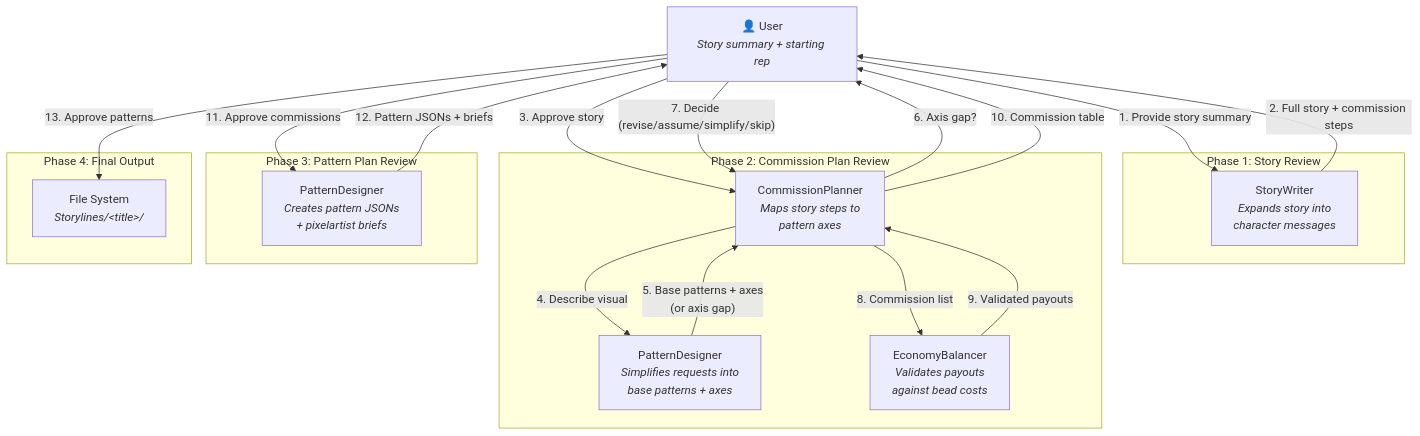
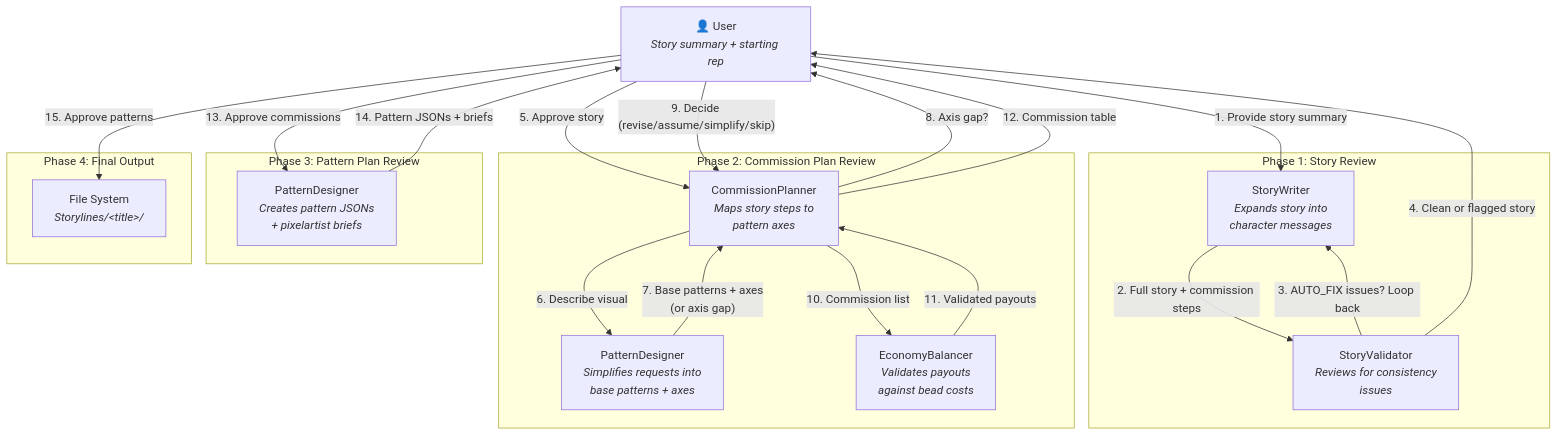
The first of 2 diagrams in ARCHITECTURE.md (UzielSilva/maigd-agent-crew), drawn with Mermaid before and after one commit. The commit also changed other lines of this file and 3 other files, not shown here.

First line of the commit message:
Add StoryValidator agent for narrative QA in Phase 1

````diff
--- a/ARCHITECTURE.md
+++ b/ARCHITECTURE.md
@@ -5,39 +5,42 @@
 ```mermaid
 graph TD
     User["👤 User<br/><i>Story summary + starting rep</i>"]
 
     subgraph Phase1["Phase 1: Story Review"]
         SW["StoryWriter<br/><i>Expands story into<br/>character messages</i>"]
+        SV["StoryValidator<br/><i>Reviews for consistency<br/>issues</i>"]
     end
 
     subgraph Phase2["Phase 2: Commission Plan Review"]
         CP["CommissionPlanner<br/><i>Maps story steps to<br/>pattern axes</i>"]
         PD["PatternDesigner<br/><i>Simplifies requests into<br/>base patterns + axes</i>"]
         EB["EconomyBalancer<br/><i>Validates payouts<br/>against bead costs</i>"]
     end
 
     subgraph Phase3["Phase 3: Pattern Plan Review"]
         PD2["PatternDesigner<br/><i>Creates pattern JSONs<br/>+ pixelartist briefs</i>"]
     end
 
     subgraph Phase4["Phase 4: Final Output"]
         FS["File System<br/><i>Storylines/&lt;title&gt;/</i>"]
     end
 
     User -->|"1. Provide story summary"| SW
-    SW -->|"2. Full story + commission steps"| User
-    User -->|"3. Approve story"| CP
+    SW -->|"2. Full story + commission steps"| SV
+    SV -->|"3. AUTO_FIX issues? Loop back"| SW
+    SV -->|"4. Clean or flagged story"| User
+    User -->|"5. Approve story"| CP
 
-    CP -->|"4. Describe visual"| PD
-    PD -->|"5. Base patterns + axes<br/>(or axis gap)"| CP
-    CP -->|"6. Axis gap?"| User
-    User -->|"7. Decide (revise/assume/simplify/skip)"| CP
+    CP -->|"6. Describe visual"| PD
+    PD -->|"7. Base patterns + axes<br/>(or axis gap)"| CP
+    CP -->|"8. Axis gap?"| User
+    User -->|"9. Decide (revise/assume/simplify/skip)"| CP
 
-    CP -->|"8. Commission list"| EB
-    EB -->|"9. Validated payouts"| CP
-    CP -->|"10. Commission table"| User
-    User -->|"11. Approve commissions"| PD2
+    CP -->|"10. Commission list"| EB
+    EB -->|"11. Validated payouts"| CP
+    CP -->|"12. Commission table"| User
+    User -->|"13. Approve commissions"| PD2
 
-    PD2 -->|"12. Pattern JSONs + briefs"| User
-    User -->|"13. Approve patterns"| FS
+    PD2 -->|"14. Pattern JSONs + briefs"| User
+    User -->|"15. Approve patterns"| FS
 ```
````
